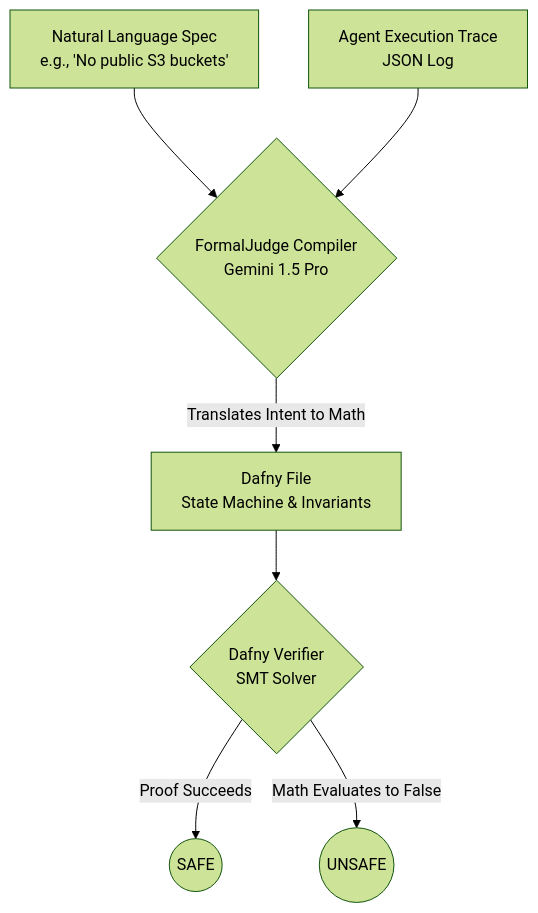
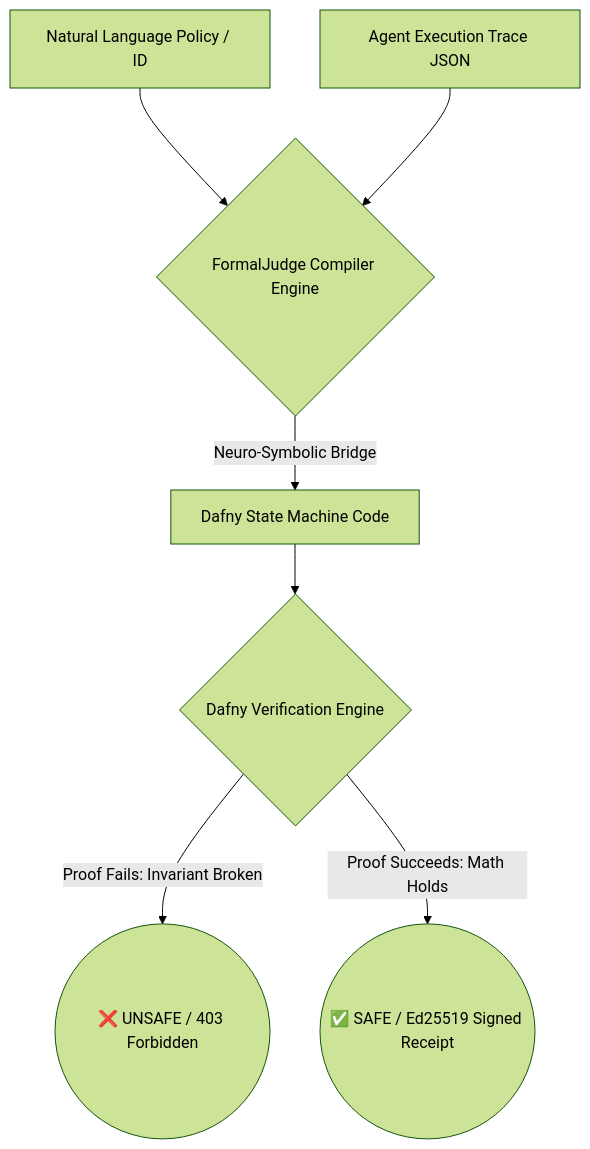
Before and after one commit to talife/formaljudge: the diagram in README.md, drawn with Mermaid (forest theme). The commit also changed other lines of this file, not shown here.

````diff
--- a/README.md
+++ b/README.md
@@ -23,9 +27,9 @@
 ```mermaid
 graph TD
-    A[Natural Language Spec<br>e.g., 'No public S3 buckets'] --> C
-    B[Agent Execution Trace<br>JSON Log] --> C
-    C{FormalJudge Compiler<br>Gemini 1.5 Pro} -->|Translates Intent to Math| D[Dafny File<br>State Machine & Invariants]
-    D --> E{Dafny Verifier<br>SMT Solver}
-    E -->|Proof Succeeds| F((SAFE))
-    E -->|Math Evaluates to False| G((UNSAFE))
+    A[Natural Language Policy / ID] --> C
+    B[Agent Execution Trace JSON] --> C
+    C{FormalJudge Compiler Engine} -->|Neuro-Symbolic Bridge| D[Dafny State Machine Code]
+    D --> E{Dafny Verification Engine}
+    E -->|Proof Fails: Invariant Broken| F((❌ UNSAFE / 403 Forbidden))
+    E -->|Proof Succeeds: Math Holds| G((✅ SAFE / Ed25519 Signed Receipt))
 ```
````
